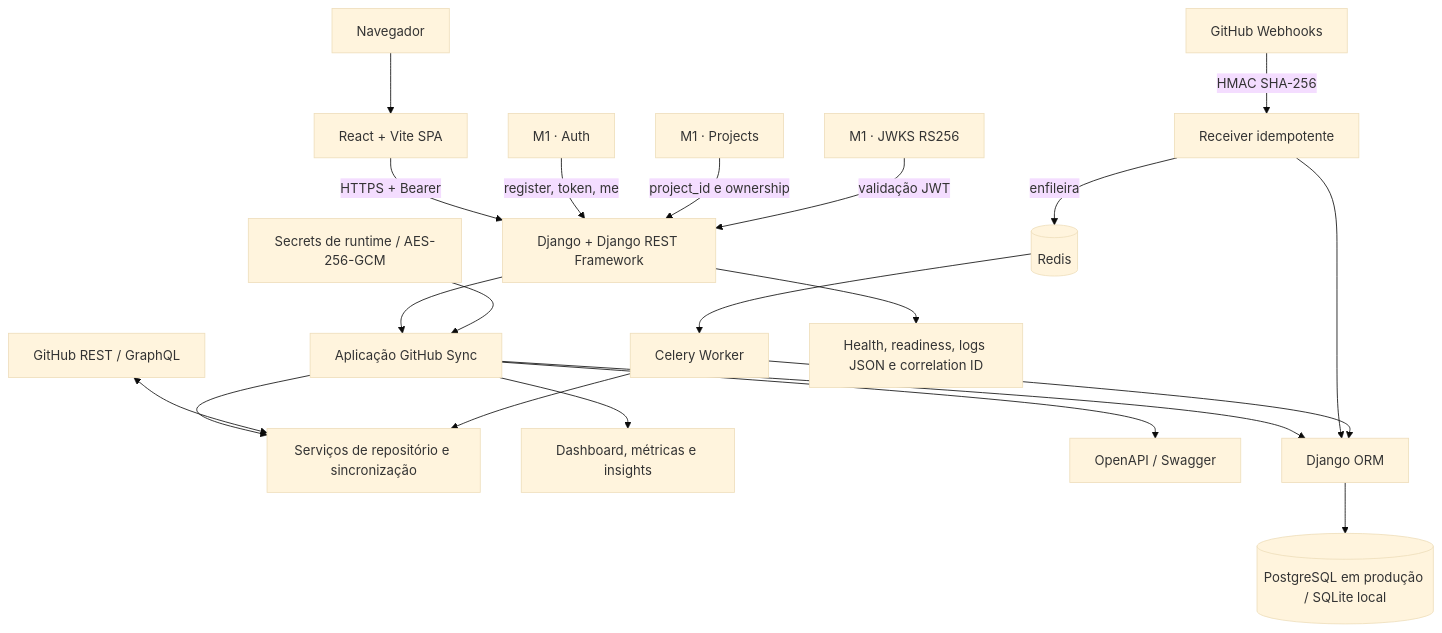
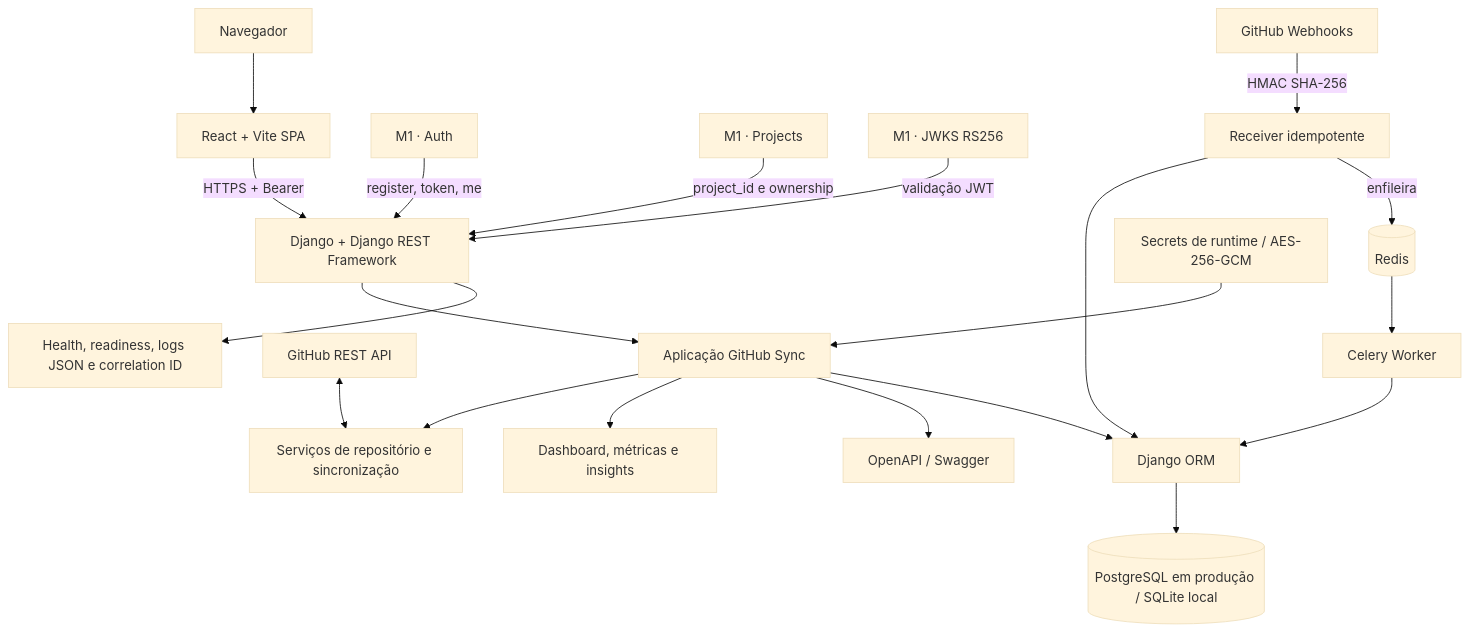
The second of 2 diagrams in docs/p9-architecture-miro.md (EduardoFdeM/ai-platform-github-service), drawn with Mermaid (base theme) before and after one commit. The commit also changed other lines of this file and 1 other file, not shown here.

Commit message:
fix(p9): align diagram with implemented architecture

````diff
--- a/docs/p9-architecture-miro.md
+++ b/docs/p9-architecture-miro.md
@@ -65,27 +65,26 @@
 ```mermaid
 flowchart TB
     Browser[Navegador] --> SPA[React + Vite SPA]
     SPA -->|HTTPS + Bearer| API[Django + Django REST Framework]
 
     M1Auth[M1 · Auth] -->|register, token, me| API
     M1Projects[M1 · Projects] -->|project_id e ownership| API
     JWKS[M1 · JWKS RS256] -->|validação JWT| API
 
     API --> App[Aplicação GitHub Sync]
     App --> RepoService[Serviços de repositório e sincronização]
     App --> Metrics[Dashboard, métricas e insights]
     App --> Docs[OpenAPI / Swagger]
     App --> ORM[Django ORM]
 
-    GitHubAPI[GitHub REST / GraphQL] <--> RepoService
+    GitHubAPI[GitHub REST API] <--> RepoService
     GitHubHooks[GitHub Webhooks] -->|HMAC SHA-256| Webhook[Receiver idempotente]
     Webhook --> ORM
     Webhook -->|enfileira| Redis[(Redis)]
     Redis --> Worker[Celery Worker]
-    Worker --> RepoService
     Worker --> ORM
 
     ORM --> DB[(PostgreSQL em produção / SQLite local)]
     API --> Obs[Health, readiness, logs JSON e correlation ID]
     Secrets[Secrets de runtime / AES-256-GCM] --> App
 ```
````
